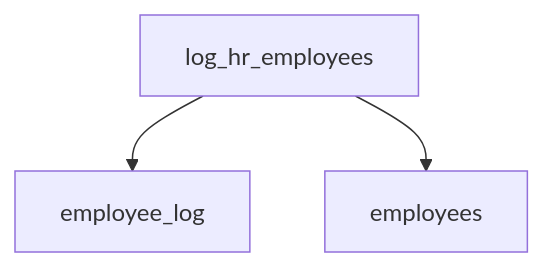
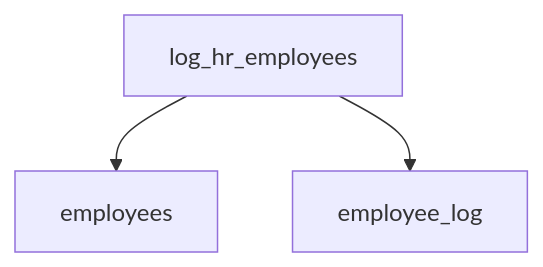
Before and after one commit to 25Jayesh10/Data_Lineage_Analyzer: the fifth of 7 diagrams in document/procedures.md, drawn with Mermaid. The commit also changed other lines of this file and 6 other files, not shown here.

````diff
--- a/document/procedures.md
+++ b/document/procedures.md
@@ -221,5 +221,5 @@
 ```mermaid
 graph TD
+    log_hr_employees --> employees
     log_hr_employees --> employee_log
-    log_hr_employees --> employees
 ```
````
